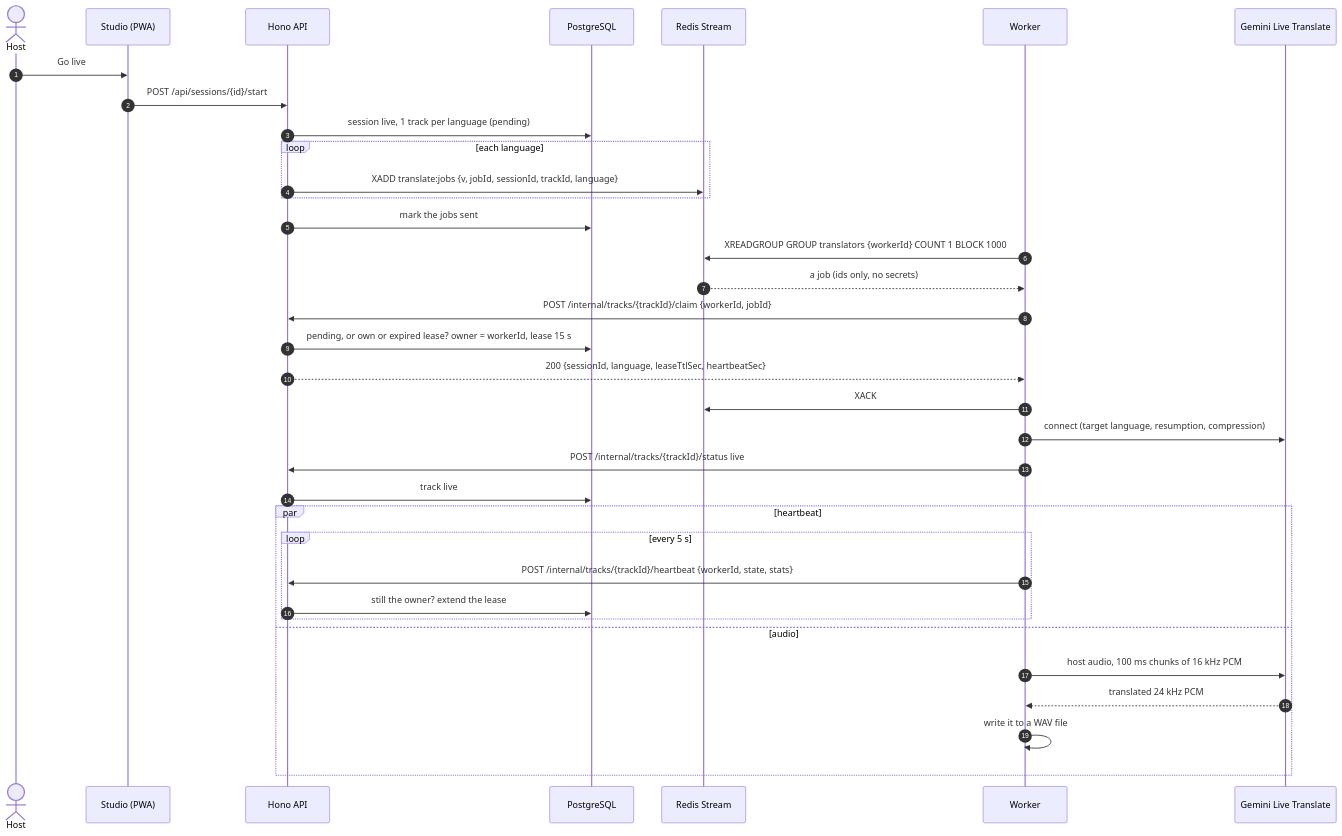
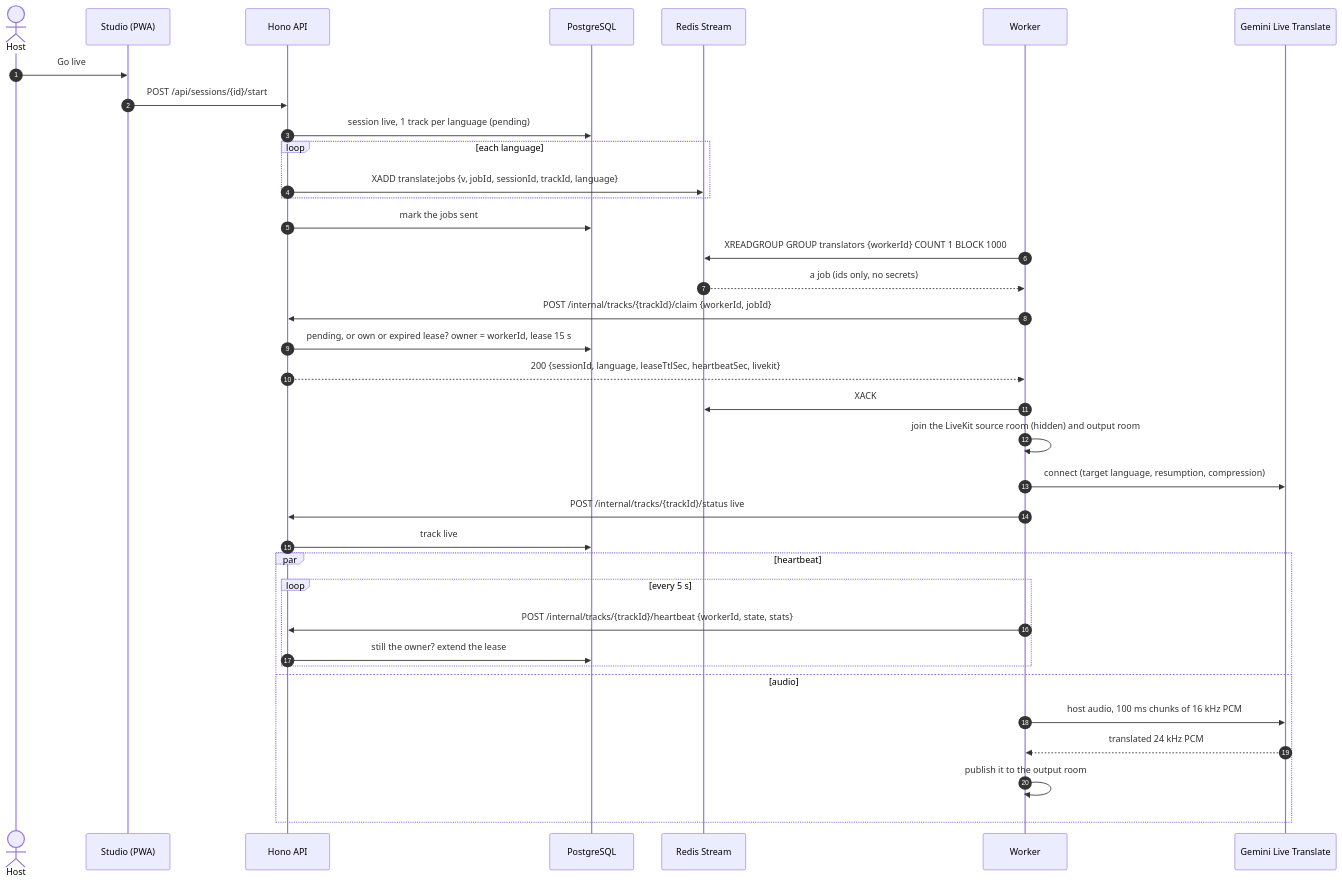
The third of 7 diagrams in docs/architecture-layers.md (WH1TE-SHAD0W/ai-dubbing-studio), drawn with Mermaid before and after one commit. The commit also changed other lines of this file and 6 other files, not shown here.

First line of the commit message:
docs: running and testing the workers goes through LiveKit (YGP-70)

````diff
--- a/docs/architecture-layers.md
+++ b/docs/architecture-layers.md
@@ -122,37 +122,38 @@
 ```mermaid
 sequenceDiagram
   autonumber
   actor Host
   participant UI as Studio (PWA)
   participant Hono as Hono API
   participant DB as PostgreSQL
   participant Q as Redis Stream
   participant W as Worker
   participant G as Gemini Live Translate
   Host->>UI: Go live
   UI->>Hono: POST /api/sessions/{id}/start
   Hono->>DB: session live, 1 track per language (pending)
   loop each language
     Hono->>Q: XADD translate:jobs {v, jobId, sessionId, trackId, language}
   end
   Hono->>DB: mark the jobs sent
   W->>Q: XREADGROUP GROUP translators {workerId} COUNT 1 BLOCK 1000
   Q-->>W: a job (ids only, no secrets)
   W->>Hono: POST /internal/tracks/{trackId}/claim {workerId, jobId}
   Hono->>DB: pending, or own or expired lease? owner = workerId, lease 15 s
-  Hono-->>W: 200 {sessionId, language, leaseTtlSec, heartbeatSec}
+  Hono-->>W: 200 {sessionId, language, leaseTtlSec, heartbeatSec, livekit}
   W->>Q: XACK
+  W->>W: join the LiveKit source room (hidden) and output room
   W->>G: connect (target language, resumption, compression)
   W->>Hono: POST /internal/tracks/{trackId}/status live
   Hono->>DB: track live
   par heartbeat
     loop every 5 s
       W->>Hono: POST /internal/tracks/{trackId}/heartbeat {workerId, state, stats}
       Hono->>DB: still the owner? extend the lease
     end
   and audio
     W->>G: host audio, 100 ms chunks of 16 kHz PCM
     G-->>W: translated 24 kHz PCM
-    W->>W: write it to a WAV file
+    W->>W: publish it to the output room
   end
 ```
````
